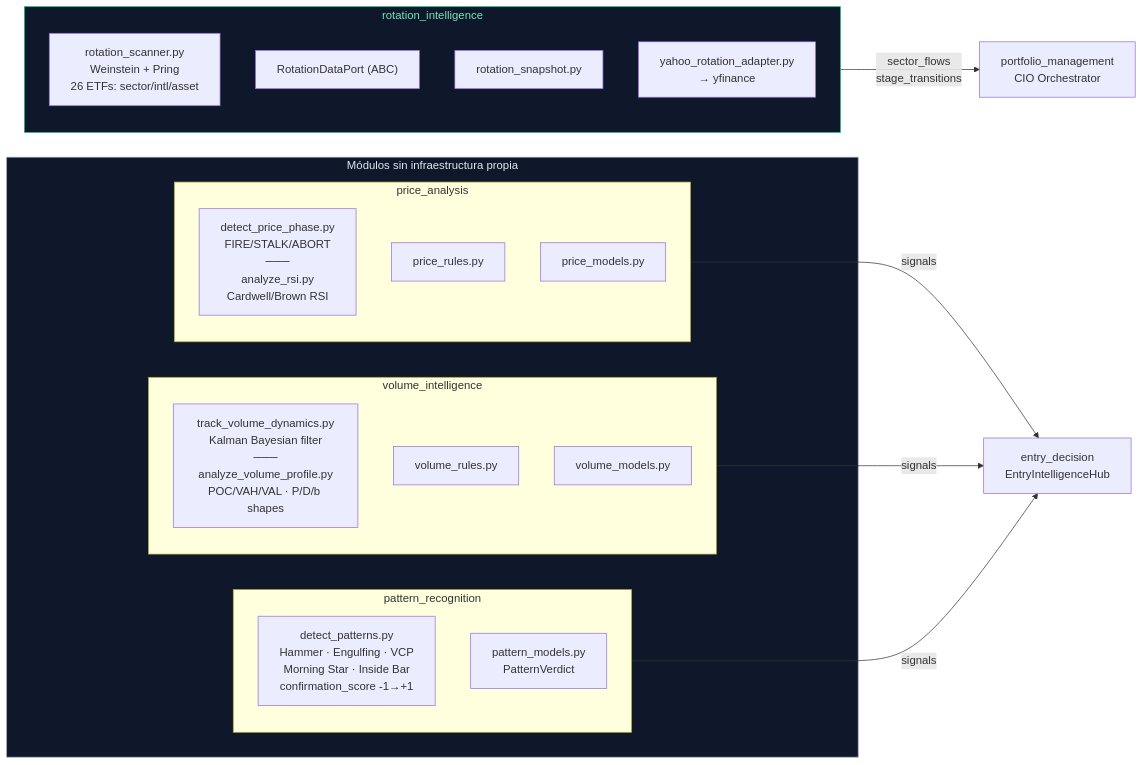
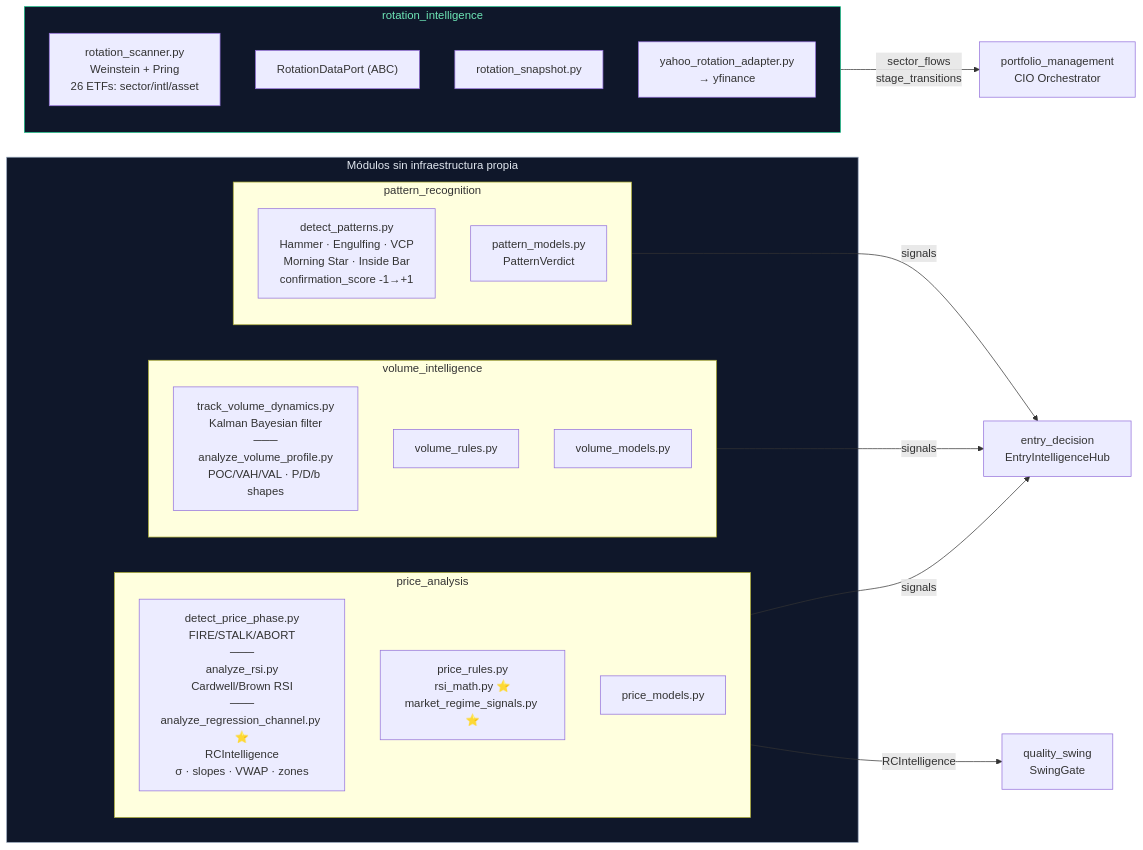
One commit to Charlie7532/botero-trade-engine changed the tenth of 11 diagrams in docs/architecture-modules-internal.md. Above: the diagram before and after it, drawn with Mermaid. The commit also changed other lines of this file and 1 other file, not shown here.

Commit message:
docs: update architecture to V15 with vault-first patterns and new swing gate modules

````diff
--- a/docs/architecture-modules-internal.md
+++ b/docs/architecture-modules-internal.md
@@ -209,34 +327,35 @@
 ```mermaid
 graph LR
     subgraph SIGNAL["Módulos sin infraestructura propia"]
         subgraph PA["price_analysis"]
-            PA_UC["detect_price_phase.py<br/>FIRE/STALK/ABORT<br/>───<br/>analyze_rsi.py<br/>Cardwell/Brown RSI"]
-            PA_R["price_rules.py"]
+            PA_UC["detect_price_phase.py<br/>FIRE/STALK/ABORT<br/>───<br/>analyze_rsi.py<br/>Cardwell/Brown RSI<br/>───<br/>analyze_regression_channel.py ⭐<br/>RCIntelligence<br/>σ · slopes · VWAP · zones"]
+            PA_R["price_rules.py<br/>rsi_math.py ⭐<br/>market_regime_signals.py ⭐"]
             PA_E["price_models.py"]
         end
 
         subgraph VI["volume_intelligence"]
             VI_UC["track_volume_dynamics.py<br/>Kalman Bayesian filter<br/>───<br/>analyze_volume_profile.py<br/>POC/VAH/VAL · P/D/b shapes"]
             VI_R["volume_rules.py"]
             VI_E["volume_models.py"]
         end
 
         subgraph PR["pattern_recognition"]
             PR_UC["detect_patterns.py<br/>Hammer · Engulfing · VCP<br/>Morning Star · Inside Bar<br/>confirmation_score -1→+1"]
             PR_E["pattern_models.py<br/>PatternVerdict"]
         end
     end
 
     subgraph RI["rotation_intelligence"]
         RI_UC["rotation_scanner.py<br/>Weinstein + Pring<br/>26 ETFs: sector/intl/asset"]
         RI_P["RotationDataPort (ABC)"]
         RI_E["rotation_snapshot.py"]
         RI_INF["yahoo_rotation_adapter.py<br/>→ yfinance"]
     end
 
     PA & VI & PR -->|"signals"| HUB["entry_decision<br/>EntryIntelligenceHub"]
+    PA -->|"RCIntelligence"| QS_HUB["quality_swing<br/>SwingGate"]
     RI -->|"sector_flows<br/>stage_transitions"| PM["portfolio_management<br/>CIO Orchestrator"]
 
     style SIGNAL fill:#0f172a,stroke:#94a3b8,color:#e2e8f0
     style RI fill:#0f172a,stroke:#10b981,color:#6ee7b7
 ```
````
